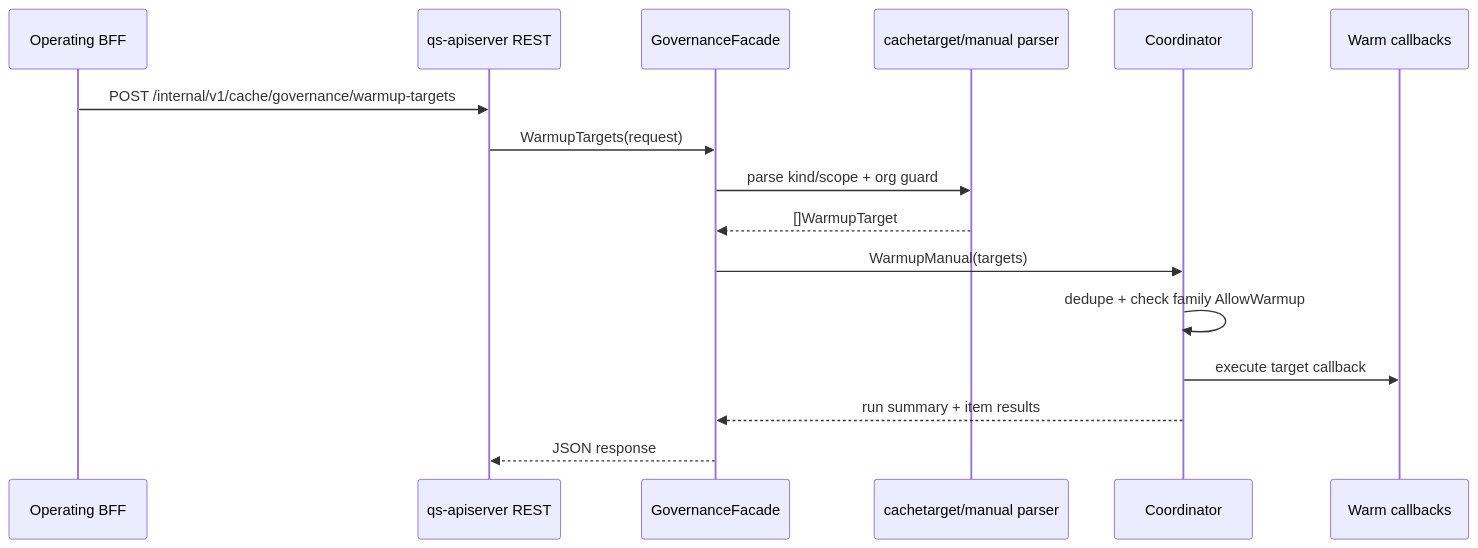
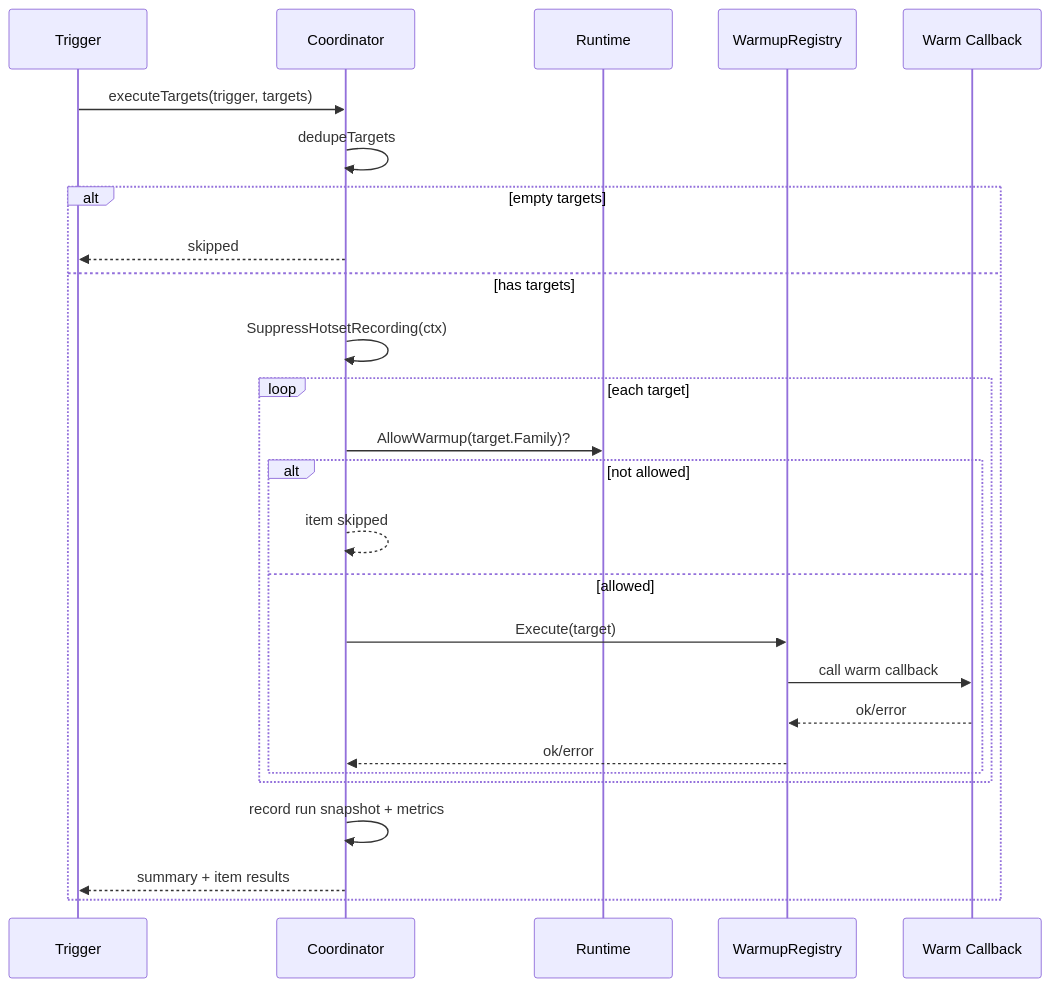
The second of 2 diagrams in docs/03-基础设施/redis/07-缓存治理层.md (FangcunMount/qs-server), drawn with Mermaid before and after one commit. The commit also changed other lines of this file and 10 other files, not shown here.

````diff
--- a/docs/03-基础设施/redis/07-缓存治理层.md
+++ b/docs/03-基础设施/redis/07-缓存治理层.md
@@ -32,19 +237,29 @@
 ```mermaid
 sequenceDiagram
-    participant BFF as Operating BFF
-    participant REST as qs-apiserver REST
-    participant F as GovernanceFacade
-    participant Parser as cachetarget/manual parser
+    participant Trigger as Trigger
     participant C as Coordinator
-    participant W as Warm callbacks
+    participant R as Runtime
+    participant Reg as WarmupRegistry
+    participant W as Warm Callback
 
-    BFF->>REST: POST /internal/v1/cache/governance/warmup-targets
-    REST->>F: WarmupTargets(request)
-    F->>Parser: parse kind/scope + org guard
-    Parser-->>F: []WarmupTarget
-    F->>C: WarmupManual(targets)
-    C->>C: dedupe + check family AllowWarmup
-    C->>W: execute target callback
-    C-->>F: run summary + item results
-    F-->>REST: JSON response
+    Trigger->>C: executeTargets(trigger, targets)
+    C->>C: dedupeTargets
+    alt empty targets
+        C-->>Trigger: skipped
+    else has targets
+        C->>C: SuppressHotsetRecording(ctx)
+        loop each target
+            C->>R: AllowWarmup(target.Family)?
+            alt not allowed
+                C-->>C: item skipped
+            else allowed
+                C->>Reg: Execute(target)
+                Reg->>W: call warm callback
+                W-->>Reg: ok/error
+                Reg-->>C: ok/error
+            end
+        end
+        C->>C: record run snapshot + metrics
+        C-->>Trigger: summary + item results
+    end
 ```
````
